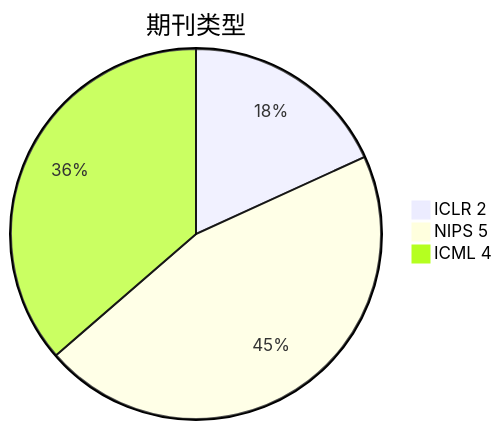
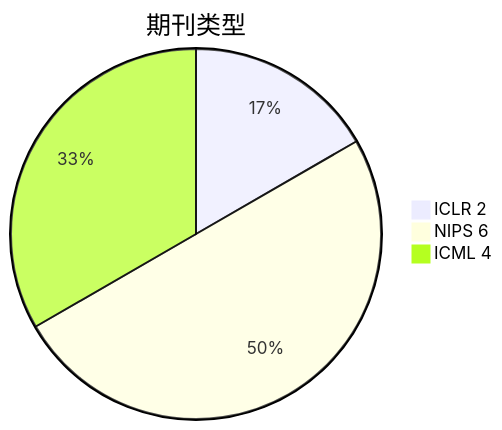
Before and after one commit to Elephant-King9/Paper: the second of 5 diagrams in Base_Model/GAN+VAE+Diffusion/analyse.md, drawn with Mermaid. The commit also changed other lines of this file and 3 other files, not shown here.

````diff
--- a/Base_Model/GAN+VAE+Diffusion/analyse.md
+++ b/Base_Model/GAN+VAE+Diffusion/analyse.md
@@ -38,6 +39,6 @@
 ```mermaid
 pie title 期刊类型
     "ICLR 2" : 2
-    "NIPS 5" : 5
+    "NIPS 6" : 6
     "ICML 4" : 4
 ```
````
